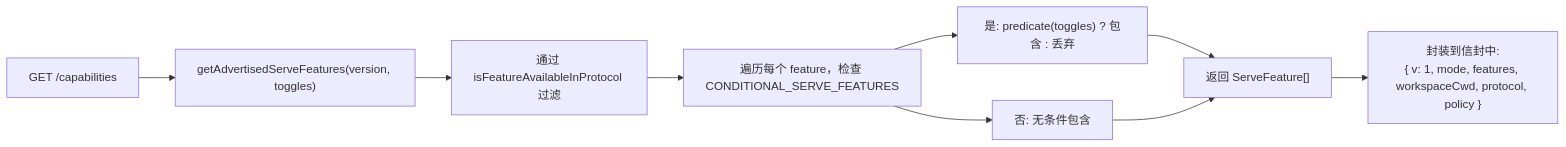
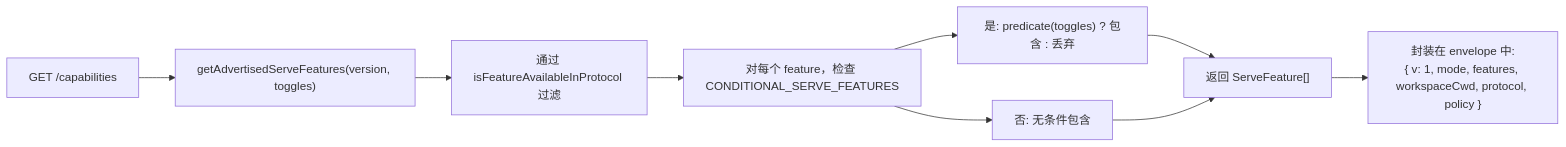
Before and after one commit to QwenLM/qwen-code-docs: the first of 2 diagrams in website/content/zh/developers/daemon/11-capabilities-versioning.md, drawn with Mermaid. The commit also changed other lines of this file and 128 other files, not shown here.

````diff
--- a/website/content/zh/developers/daemon/11-capabilities-versioning.md
+++ b/website/content/zh/developers/daemon/11-capabilities-versioning.md
@@ -128,11 +128,11 @@
 ```mermaid
 flowchart LR
     A["GET /capabilities"] --> B["getAdvertisedServeFeatures(version, toggles)"]
     B --> C["通过 isFeatureAvailableInProtocol 过滤"]
-    C --> D["遍历每个 feature，检查 CONDITIONAL_SERVE_FEATURES"]
+    C --> D["对每个 feature，检查 CONDITIONAL_SERVE_FEATURES"]
     D --> E["是: predicate(toggles) ? 包含 : 丢弃"]
     D --> F["否: 无条件包含"]
     E --> G["返回 ServeFeature[]"]
     F --> G
-    G --> H["封装到信封中:<br/>{ v: 1, mode, features, workspaceCwd, protocol, policy }"]
+    G --> H["封装在 envelope 中:<br/>{ v: 1, mode, features, workspaceCwd, protocol, policy }"]
 ```
````
